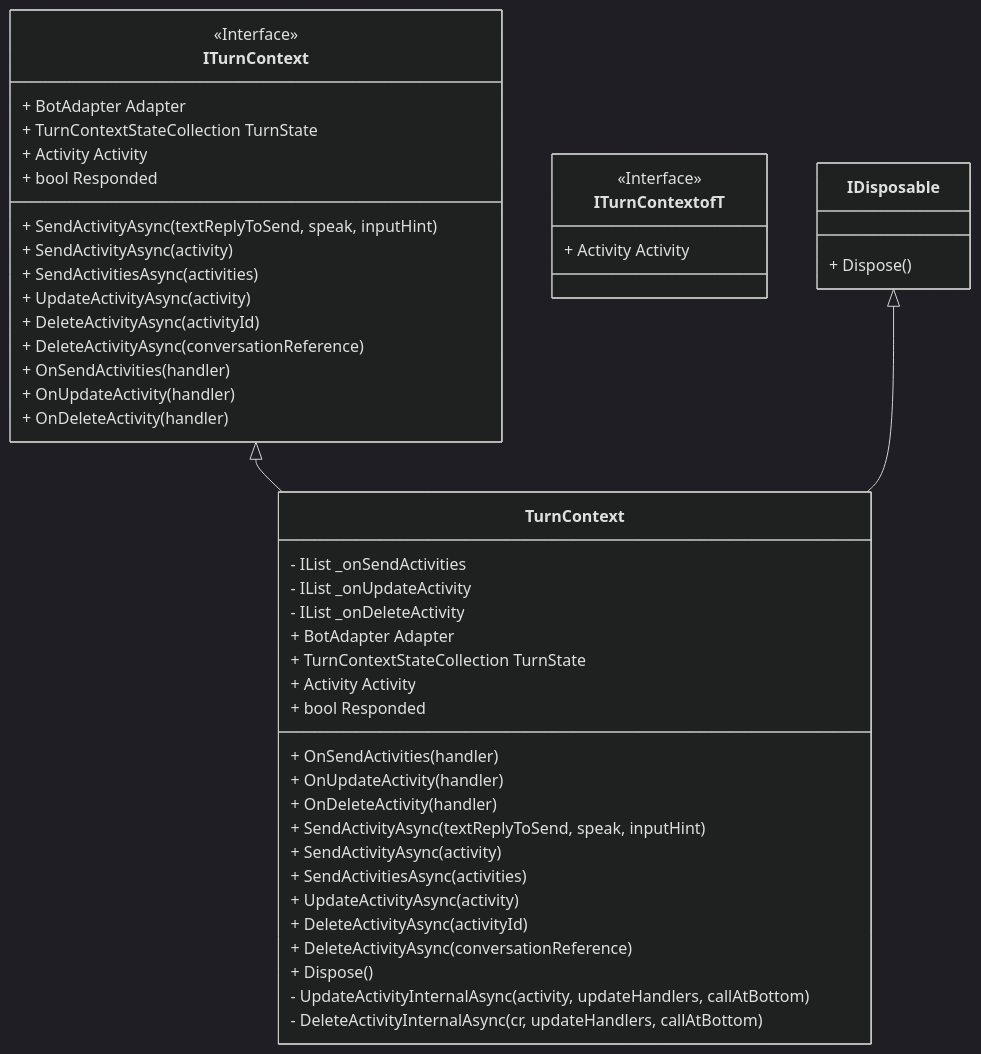
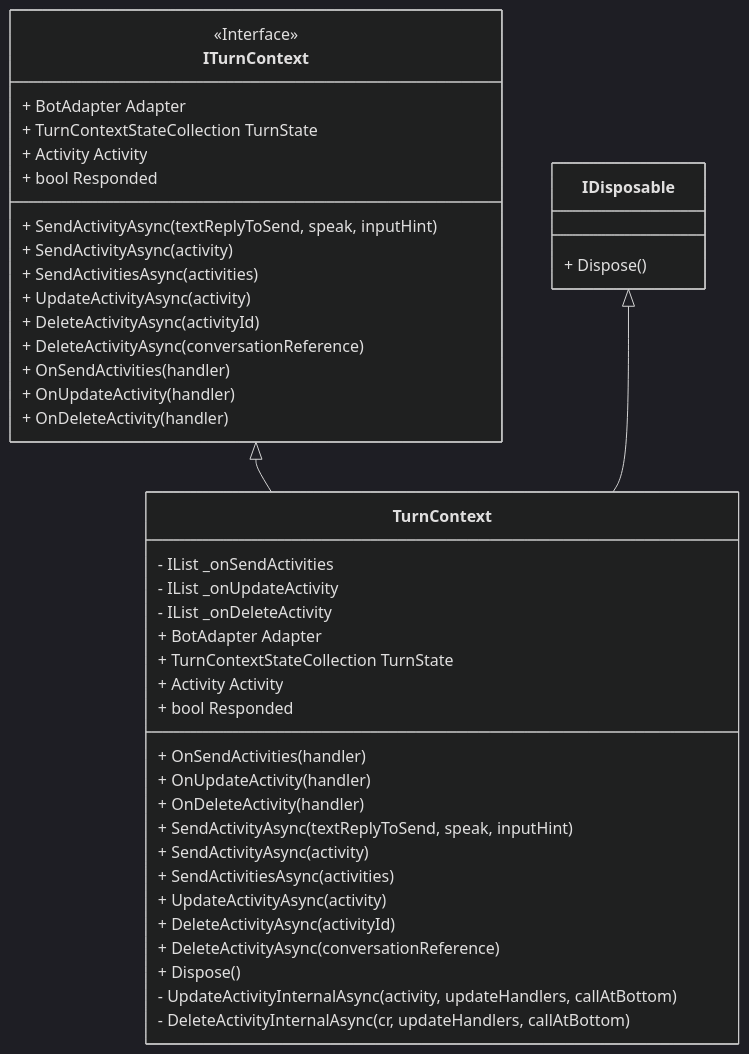
Before and after one commit to Zerryth/Mermaid: the diagram in MarkdownFiles/ActivityFlow/TurnContext.md, drawn with Mermaid (dark theme). The commit also changed 5 other files, not shown here.

Commit message:
added class diagrams

````diff
--- a/MarkdownFiles/ActivityFlow/TurnContext.md
+++ b/MarkdownFiles/ActivityFlow/TurnContext.md
@@ -1,57 +1,51 @@
 ```mermaid
     classDiagram
         class ITurnContext {
             + BotAdapter Adapter
             + TurnContextStateCollection TurnState
             + Activity Activity
             + bool Responded
             + SendActivityAsync(textReplyToSend, speak, inputHint)
             + SendActivityAsync(activity)
             + SendActivitiesAsync(activities)
             + UpdateActivityAsync(activity)
             + DeleteActivityAsync(activityId)
             + DeleteActivityAsync(conversationReference)
             + OnSendActivities(handler)
             + OnUpdateActivity(handler)
             + OnDeleteActivity(handler)
             
         }
         <<Interface>> ITurnContext
-
-        class ITurnContextofT {
-            %% where T implements IActivity
-            + Activity Activity
-        }
-        <<Interface>> ITurnContextofT
 
         class TurnContext {
             - IList<SendActivitiesHandler> _onSendActivities
             - IList<UpdateActivityHandler> _onUpdateActivity
             - IList<DeleteActivityHandler> _onDeleteActivity
             + BotAdapter Adapter
             + TurnContextStateCollection TurnState
             + Activity Activity
             + bool Responded
             + OnSendActivities(handler)
             + OnUpdateActivity(handler)
             + OnDeleteActivity(handler)
             + SendActivityAsync(textReplyToSend, speak, inputHint)
             + SendActivityAsync(activity)
             + SendActivitiesAsync(activities)
             + UpdateActivityAsync(activity)
             + DeleteActivityAsync(activityId)
             + DeleteActivityAsync(conversationReference)
             + Dispose()
             - UpdateActivityInternalAsync(activity, updateHandlers, callAtBottom)
             - DeleteActivityInternalAsync(cr, updateHandlers, callAtBottom)
         }
 
         class IDisposable {
             + Dispose()
         }
 
         ITurnContext <|-- TurnContext
         IDisposable <|-- TurnContext
 
         
 ```
````
